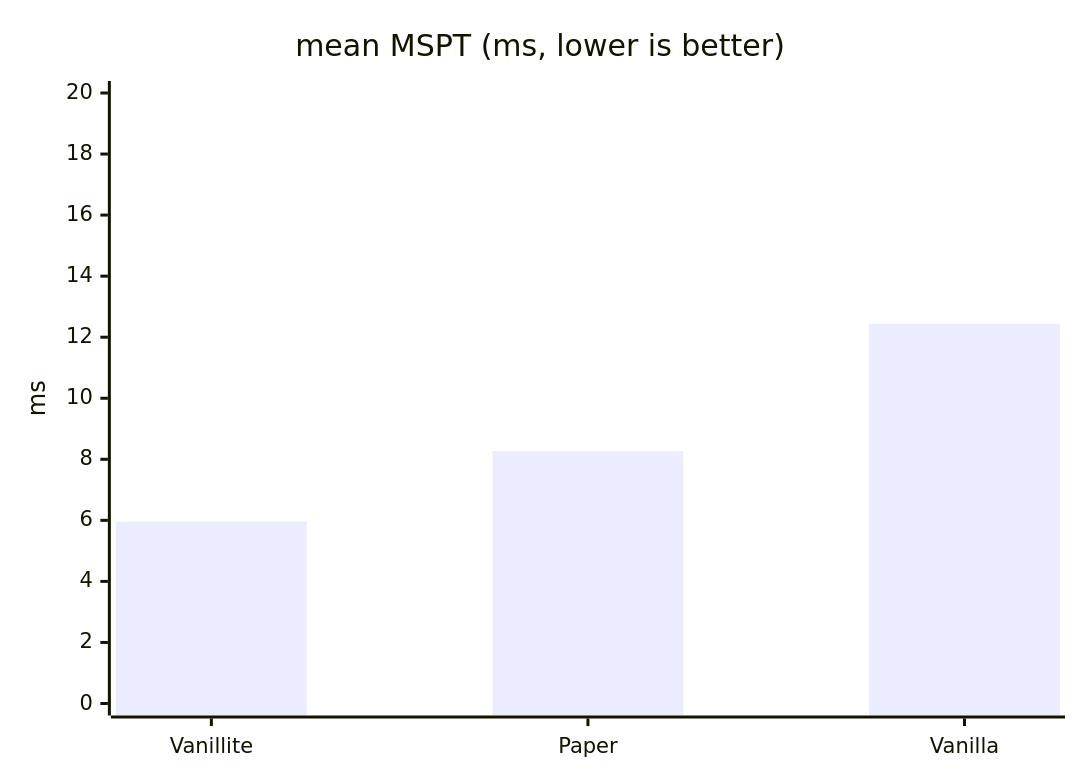
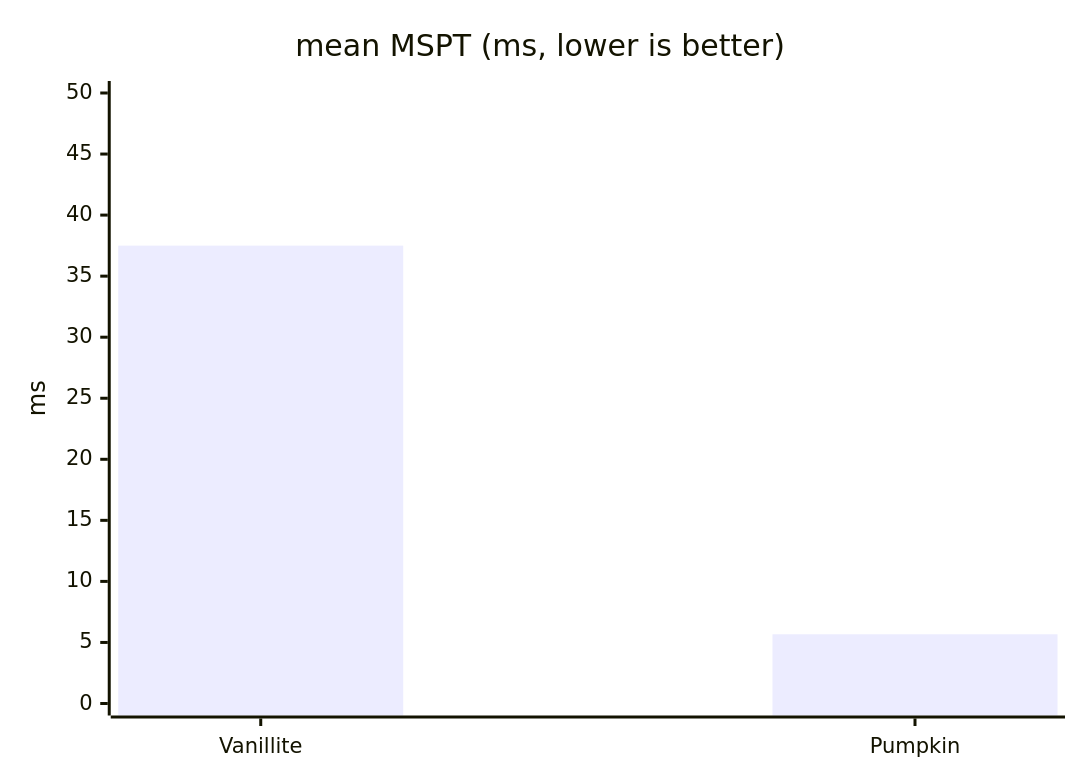
Before and after one commit to hthoene/Vanillite: the fourth of 15 diagrams in benchmarks/README.md, drawn with Mermaid. The commit also changed other lines of this file and 6 other files, not shown here.

````diff
--- a/benchmarks/README.md
+++ b/benchmarks/README.md
@@ -145,7 +149,7 @@
 ```mermaid
 xychart-beta
     title "mean MSPT (ms, lower is better)"
-    x-axis ["Vanillite", "Paper", "Vanilla"]
-    y-axis "ms" 0 --> 20
-    bar [5.96, 8.27, 12.44]
+    x-axis ["Vanillite", "Pumpkin"]
+    y-axis "ms" 0 --> 50
+    bar [37.5, 5.67]
 ```
````
